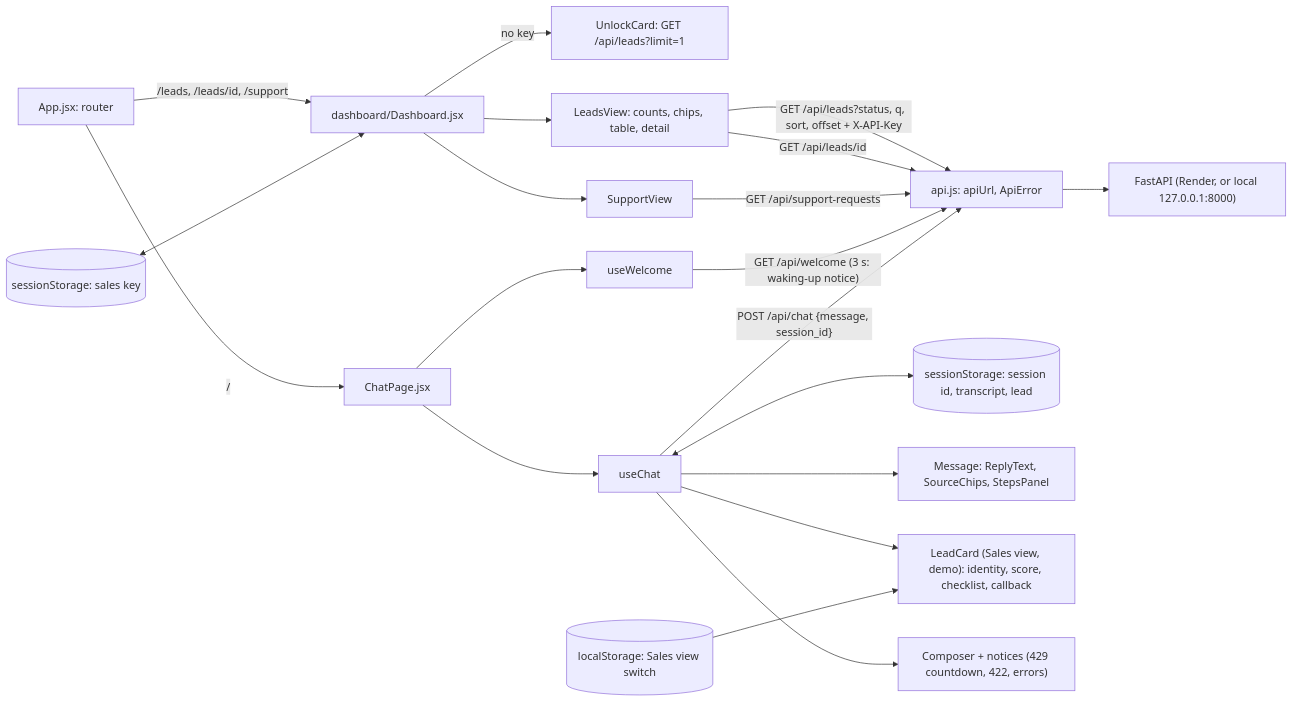
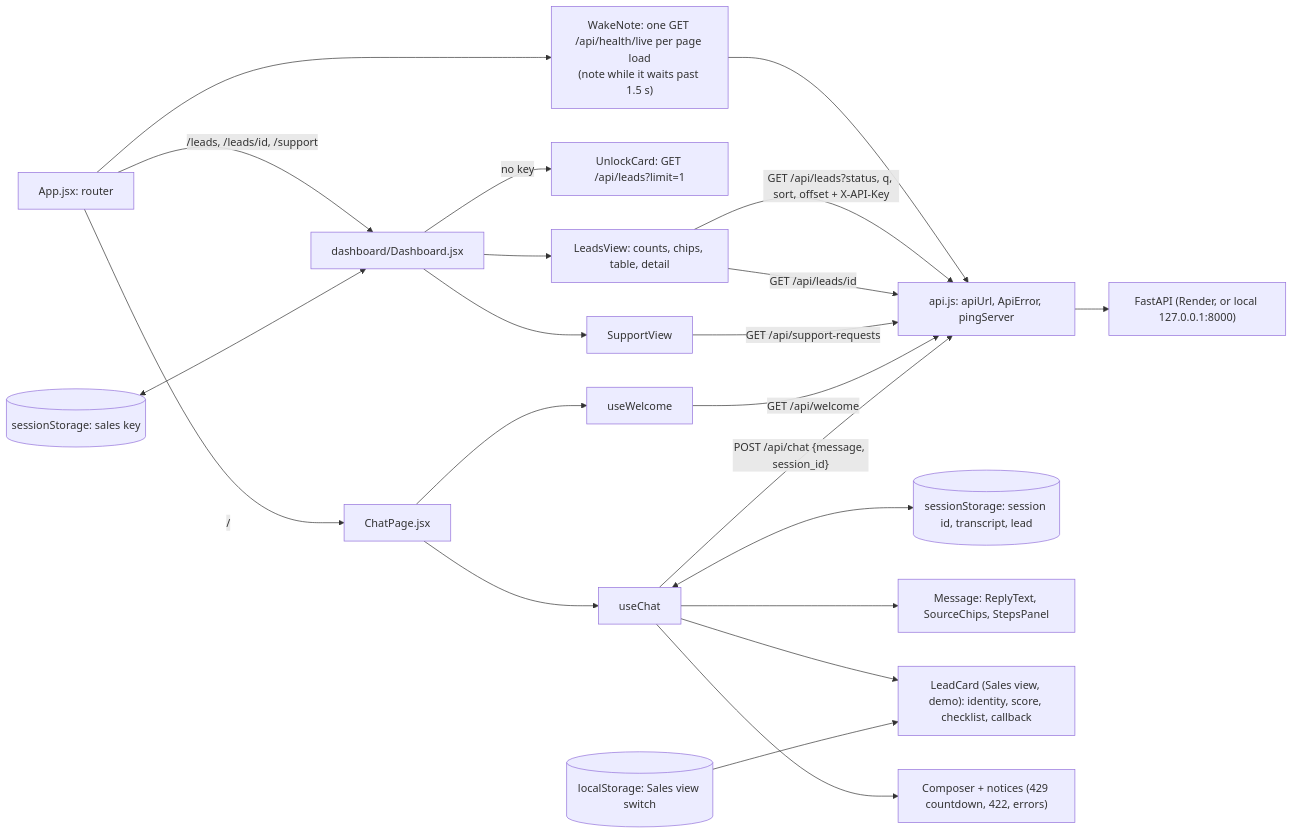
One commit to AdithyaChauhan/vantis-sales-agent changed the ninth of 9 diagrams in docs/ARCHITECTURE.md. Above: the diagram before and after it, drawn with Mermaid. The commit also changed other lines of this file and 41 other files, not shown here.

First line of the commit message:
feat: T13a city memory, waking note from one health ping, Vercel prep

````diff
--- a/docs/ARCHITECTURE.md
+++ b/docs/ARCHITECTURE.md
@@ -199,22 +201,24 @@
 ```mermaid
 flowchart LR
   router["App.jsx: router"] -->|"/"| page["ChatPage.jsx"]
+  router --> wake["WakeNote: one GET /api/health/live per page load<br/>(note while it waits past 1.5 s)"]
+  wake --> api
   router -->|"/leads, /leads/id, /support"| dash["dashboard/Dashboard.jsx"]
   dash -->|"no key"| unlock["UnlockCard: GET /api/leads?limit=1"]
   dash --> leads["LeadsView: counts, chips, table, detail"]
   dash --> support["SupportView"]
   leads -->|"GET /api/leads?status, q, sort, offset + X-API-Key"| api
   leads -->|"GET /api/leads/id"| api
   support -->|"GET /api/support-requests"| api
   keystore[("sessionStorage: sales key")] <--> dash
   page --> welcome["useWelcome"]
   page --> chat["useChat"]
-  welcome -->|"GET /api/welcome (3 s: waking-up notice)"| api["api.js: apiUrl, ApiError"]
+  welcome -->|"GET /api/welcome"| api["api.js: apiUrl, ApiError, pingServer"]
   chat -->|"POST /api/chat {message, session_id}"| api
   api --> backend["FastAPI (Render, or local 127.0.0.1:8000)"]
   chat <--> store[("sessionStorage: session id, transcript, lead")]
   chat --> view["Message: ReplyText, SourceChips, StepsPanel"]
   chat --> card["LeadCard (Sales view, demo): identity, score, checklist, callback"]
   prefs[("localStorage: Sales view switch")] --> card
   chat --> composer["Composer + notices (429 countdown, 422, errors)"]
 ```
````
